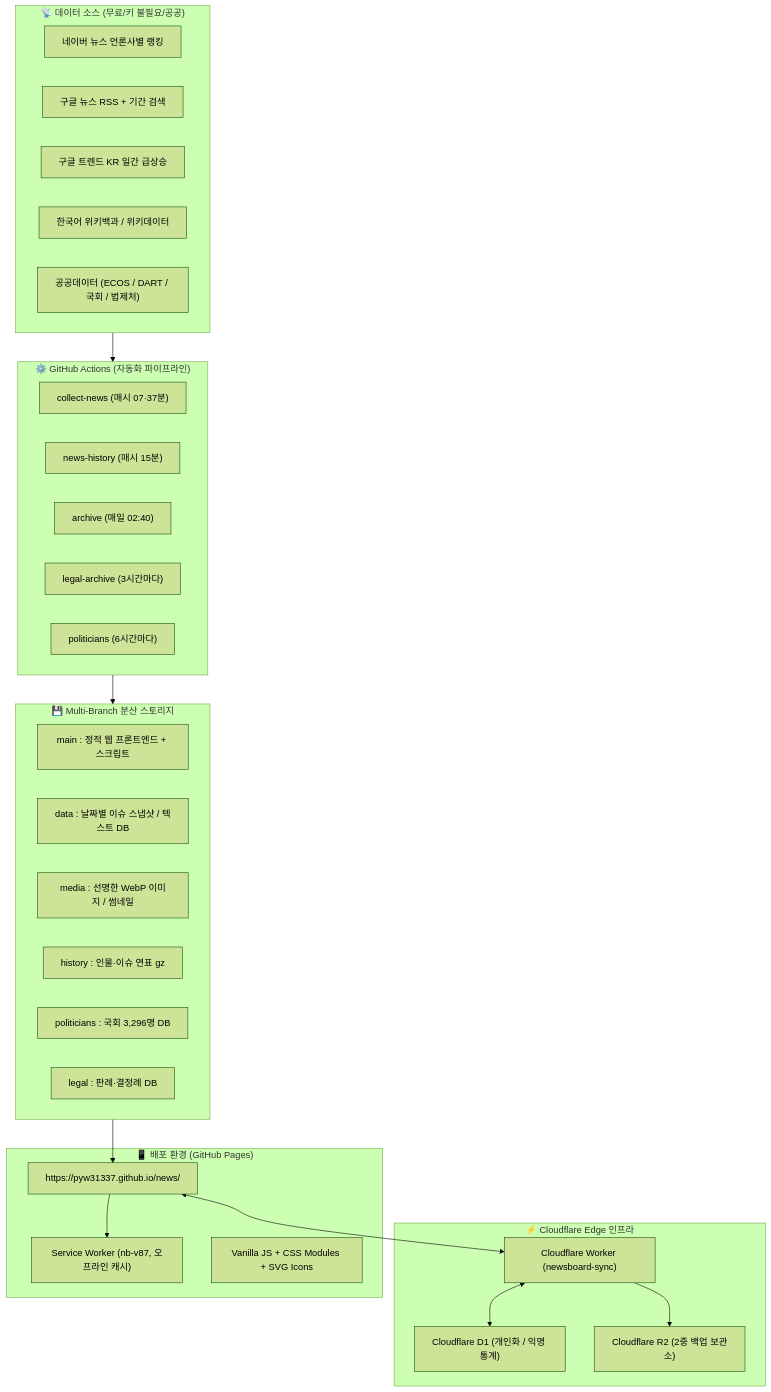
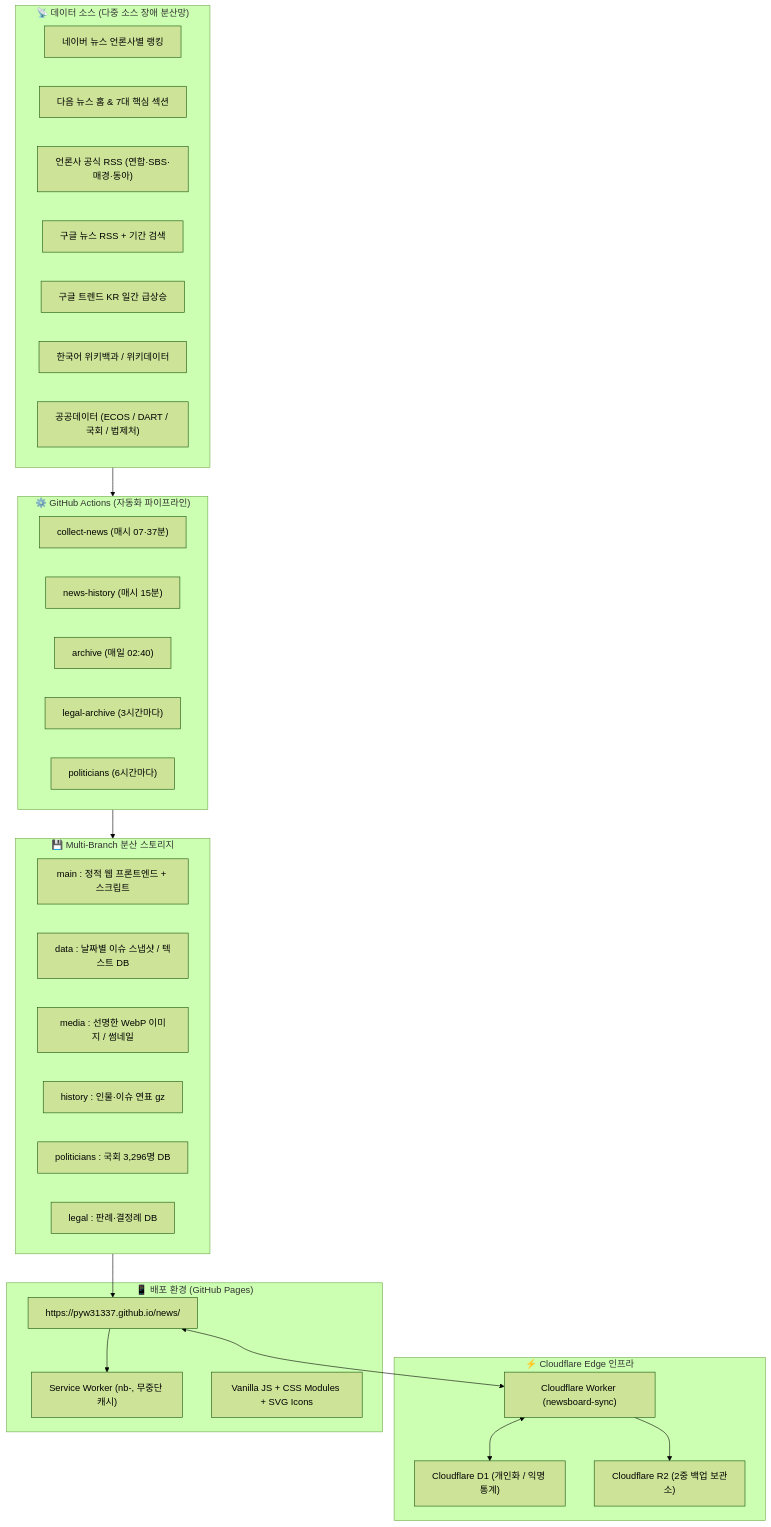
Before and after one commit to pyw31337/news: the diagram in PROJECT.md, drawn with Mermaid (forest theme). The commit also changed other lines of this file and 8 other files, not shown here.

````diff
--- a/PROJECT.md
+++ b/PROJECT.md
@@ -22,47 +22,49 @@
 ```mermaid
 flowchart TD
-    subgraph DataSources ["📡 데이터 소스 (무료/키 불필요/공공)"]
+    subgraph DataSources ["📡 데이터 소스 (다중 소스 장애 분산망)"]
         Naver["네이버 뉴스 언론사별 랭킹"]
+        Daum["다음 뉴스 홈 & 7대 핵심 섹션"]
+        WireRSS["언론사 공식 RSS (연합·SBS·매경·동아)"]
         GoogleNews["구글 뉴스 RSS + 기간 검색"]
         Trends["구글 트렌드 KR 일간 급상승"]
         Wiki["한국어 위키백과 / 위키데이터"]
         Gov["공공데이터 (ECOS / DART / 국회 / 법제처)"]
     end
 
     subgraph GitHubActions ["⚙️ GitHub Actions (자동화 파이프라인)"]
         CollectJob["collect-news (매시 07·37분)"]
         HistoryJob["news-history (매시 15분)"]
         ArchiveJob["archive (매일 02:40)"]
         LegalJob["legal-archive (3시간마다)"]
         PoliticiansJob["politicians (6시간마다)"]
     end
 
     subgraph BranchStorage ["💾 Multi-Branch 분산 스토리지"]
         B_Main["main : 정적 웹 프론트엔드 + 스크립트"]
         B_Data["data : 날짜별 이슈 스냅샷 / 텍스트 DB"]
         B_Media["media : 선명한 WebP 이미지 / 썸네일"]
         B_Hist["history : 인물·이슈 연표 gz"]
         B_Pol["politicians : 국회 3,296명 DB"]
         B_Legal["legal : 판례·결정례 DB"]
     end
 
     subgraph CloudflareStack ["⚡ Cloudflare Edge 인프라"]
         Worker["Cloudflare Worker (newsboard-sync)"]
         D1["Cloudflare D1 (개인화 / 익명 통계)"]
         R2["Cloudflare R2 (2중 백업 보관소)"]
     end
 
     subgraph FrontendSite ["📱 배포 환경 (GitHub Pages)"]
         Pages["https://pyw31337.github.io/news/"]
-        SW["Service Worker (nb-v87, 오프라인 캐시)"]
+        SW["Service Worker (nb-<commit_hash>, 무중단 캐시)"]
         StaticAssets["Vanilla JS + CSS Modules + SVG Icons"]
     end
 
     DataSources --> GitHubActions
     GitHubActions --> BranchStorage
     BranchStorage --> Pages
     Pages <--> Worker
     Worker <--> D1
     Worker --> R2
     Pages --> SW
 ```
````
